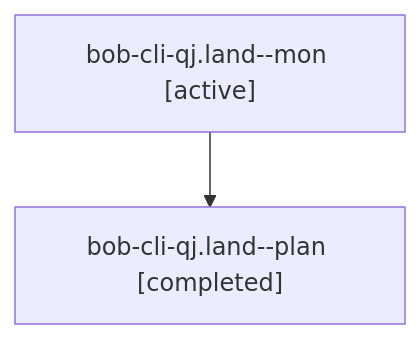
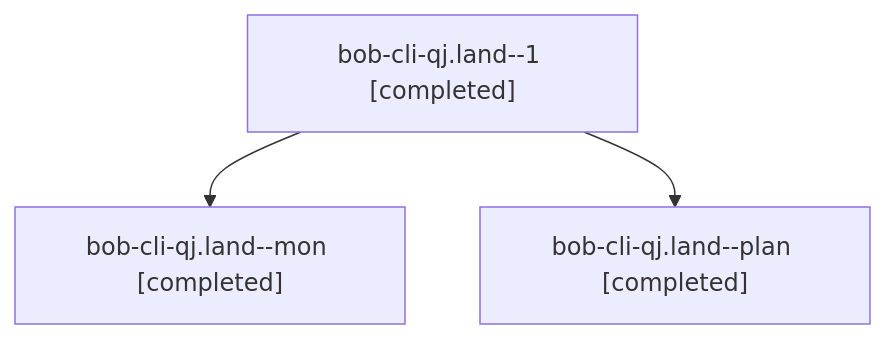
The diagram in sessions/bbugyi200.apollo.bob-cli-qj.land.md (bobs-org/bob-cli--agents), drawn with Mermaid before and after one commit. The commit also changed other lines of this file and 60 other files, not shown here.

````diff
--- a/sessions/bbugyi200.apollo.bob-cli-qj.land.md
+++ b/sessions/bbugyi200.apollo.bob-cli-qj.land.md
@@ -9,6 +9,8 @@
 ```mermaid
 flowchart TD
-  n0["bob-cli-qj.land--mon [active]"]
-  n1["bob-cli-qj.land--plan [completed]"]
+  n0["bob-cli-qj.land--1 [completed]"]
+  n1["bob-cli-qj.land--mon [completed]"]
   n0 --> n1
+  n2["bob-cli-qj.land--plan [completed]"]
+  n0 --> n2
 ```
````
